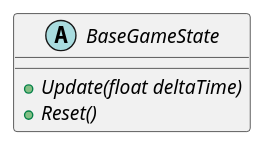
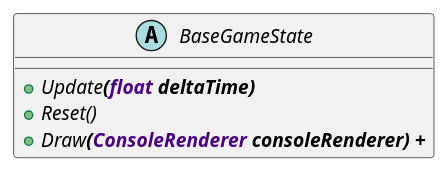
One commit to vadimvatsenko/Snake_Console changed the diagram in Snake_Console/Diagramm/BaseGameState.puml. Above: the diagram before and after it, drawn with PlantUML. The commit also changed 7 other files, not shown here.

Commit message:
Edit Diagramm and add some Discription

```diff
--- a/Snake_Console/Diagramm/BaseGameState.puml
+++ b/Snake_Console/Diagramm/BaseGameState.puml
@@ -1,8 +1,9 @@
 @startuml
 abstract class BaseGameState
 {
-    + {abstract} Update(float deltaTime)
+    + {abstract} Update<b>(<color:indigo>float <color:black>deltaTime)
     + {abstract} Reset()
+    + {abstract} Draw<b>(<color:indigo>ConsoleRenderer <color:black>consoleRenderer) +
 }
 
 @enduml
```
